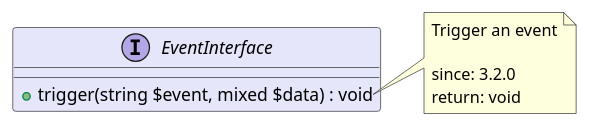
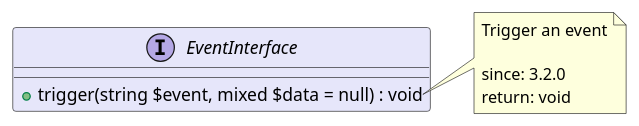
The diagram in src/20ed72b0-fcac-4344-aee1-8a65e3bf221d/README.md (joomengine/jcb-compiler), drawn with PlantUML before and after one commit. The commit also changed 399 other files, not shown here.

````diff
--- a/src/20ed72b0-fcac-4344-aee1-8a65e3bf221d/README.md
+++ b/src/20ed72b0-fcac-4344-aee1-8a65e3bf221d/README.md
@@ -11,15 +11,15 @@
 ```uml
 @startuml
 interface EventInterface  #Lavender {
-  + trigger(string $event, mixed $data) : void
+  + trigger(string $event, mixed $data = null) : void
 }
 
 note right of EventInterface::trigger
   Trigger an event
 
   since: 3.2.0
   return: void
 end note
  
 @enduml
 ```
````
